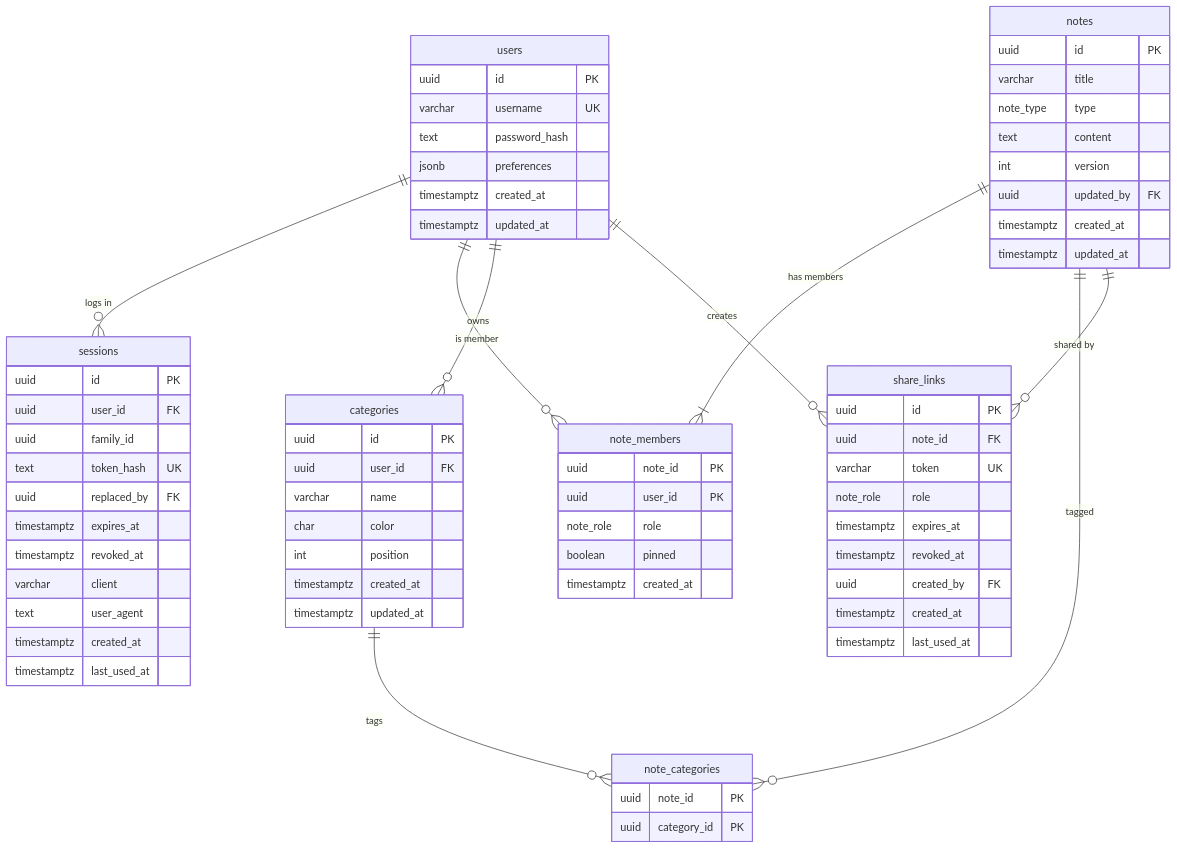
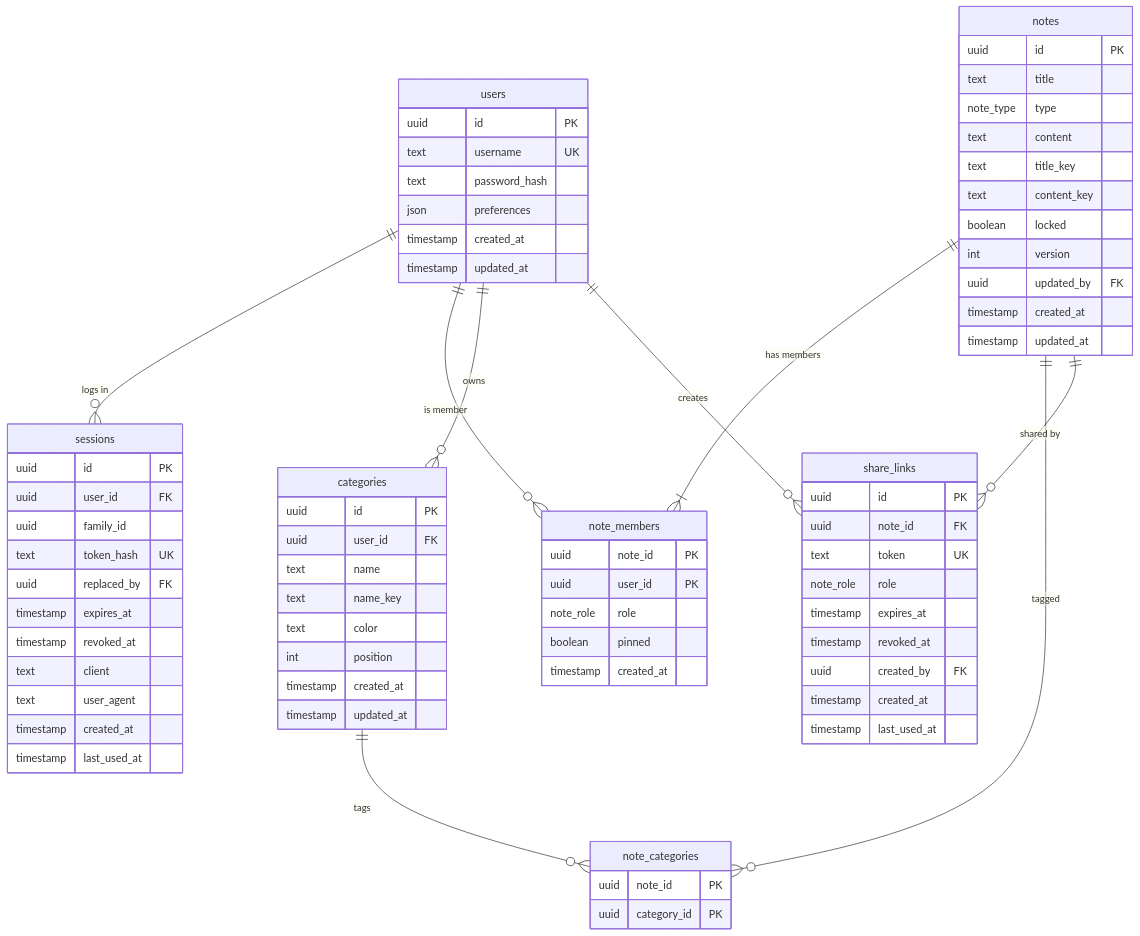
One commit to linklinsse/Self-Notes changed the diagram in docs/data-model.md. Above: the diagram before and after it, drawn with Mermaid. The commit also changed other lines of this file and 95 other files, not shown here.

````diff
--- a/docs/data-model.md
+++ b/docs/data-model.md
@@ -5,74 +16,78 @@
 ```mermaid
 erDiagram
     users ||--o{ sessions : "logs in"
     users ||--o{ note_members : "is member"
     notes ||--|{ note_members : "has members"
     users ||--o{ categories : owns
     notes ||--o{ note_categories : tagged
     categories ||--o{ note_categories : tags
     notes ||--o{ share_links : "shared by"
     users ||--o{ share_links : creates
 
     users {
         uuid id PK
-        varchar username UK
+        text username UK
         text password_hash
-        jsonb preferences
-        timestamptz created_at
-        timestamptz updated_at
+        json preferences
+        timestamp created_at
+        timestamp updated_at
     }
     sessions {
         uuid id PK
         uuid user_id FK
         uuid family_id
         text token_hash UK
         uuid replaced_by FK
-        timestamptz expires_at
-        timestamptz revoked_at
-        varchar client
+        timestamp expires_at
+        timestamp revoked_at
+        text client
         text user_agent
-        timestamptz created_at
-        timestamptz last_used_at
+        timestamp created_at
+        timestamp last_used_at
     }
     notes {
         uuid id PK
-        varchar title
+        text title
         note_type type
         text content
+        text title_key
+        text content_key
+        boolean locked
         int version
         uuid updated_by FK
-        timestamptz created_at
-        timestamptz updated_at
+        timestamp created_at
+        timestamp updated_at
     }
     note_members {
         uuid note_id PK
         uuid user_id PK
         note_role role
         boolean pinned
-        timestamptz created_at
+        timestamp created_at
     }
     categories {
         uuid id PK
         uuid user_id FK
-        varchar name
-        char color
+        text name
+        text name_key
+        text color
         int position
-        timestamptz created_at
-        timestamptz updated_at
+        timestamp created_at
+        timestamp updated_at
     }
     note_categories {
         uuid note_id PK
         uuid category_id PK
     }
     share_links {
         uuid id PK
         uuid note_id FK
-        varchar token UK
+        text token UK
         note_role role
-        timestamptz expires_at
-        timestamptz revoked_at
+        timestamp expires_at
+        timestamp revoked_at
         uuid created_by FK
-        timestamptz created_at
-        timestamptz last_used_at
+        timestamp created_at
+        timestamp last_used_at
     }
 ```
````
